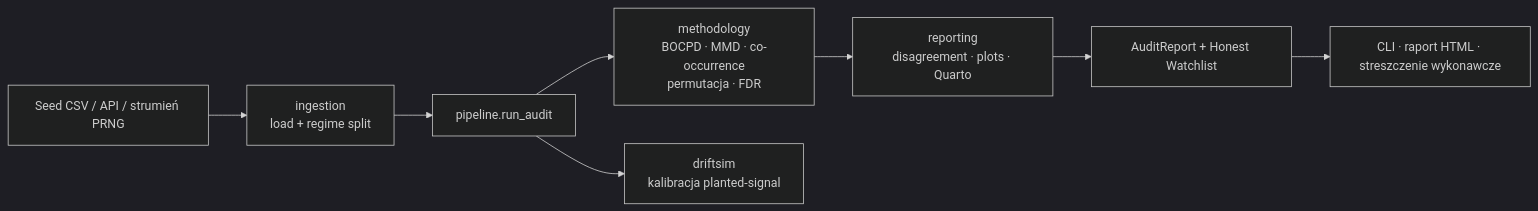
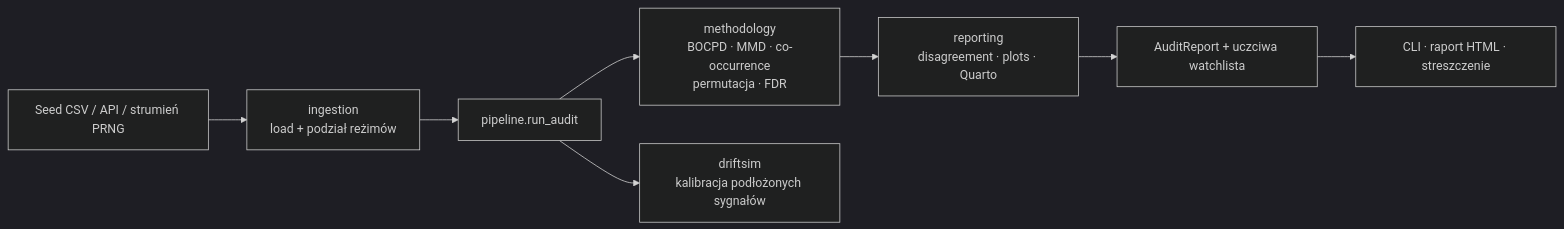
Before and after one commit to Piotr1686/DriftScope: the second of 2 diagrams in README.pl.md, drawn with Mermaid (dark theme). The commit also changed other lines of this file and 1 other file, not shown here.

````diff
--- a/README.pl.md
+++ b/README.pl.md
@@ -360,10 +408,10 @@
 ```mermaid
 flowchart LR
-    A[Seed CSV / API / strumień PRNG] --> B[ingestion<br/>load + regime split]
+    A[Seed CSV / API / strumień PRNG] --> B[ingestion<br/>load + podział reżimów]
     B --> C[pipeline.run_audit]
     C --> D[methodology<br/>BOCPD · MMD · co-occurrence<br/>permutacja · FDR]
-    C --> E[driftsim<br/>kalibracja planted-signal]
+    C --> E[driftsim<br/>kalibracja podłożonych sygnałów]
     D --> F[reporting<br/>disagreement · plots · Quarto]
-    F --> G[AuditReport + Honest Watchlist]
-    G --> H[CLI · raport HTML · streszczenie wykonawcze]
+    F --> G[AuditReport + uczciwa watchlista]
+    G --> H[CLI · raport HTML · streszczenie]
 ```
````
